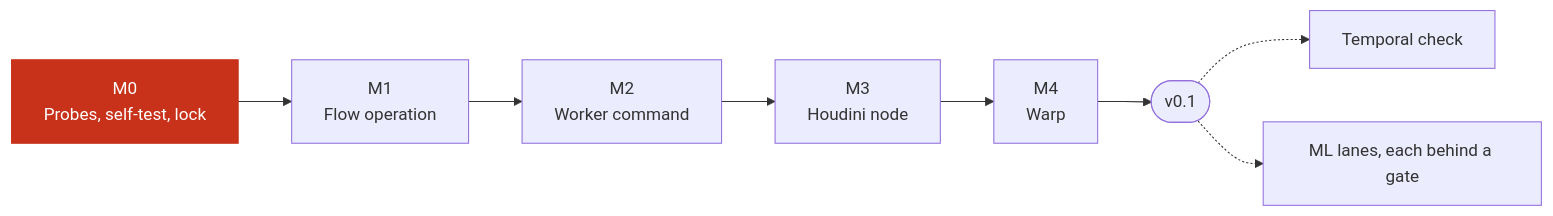
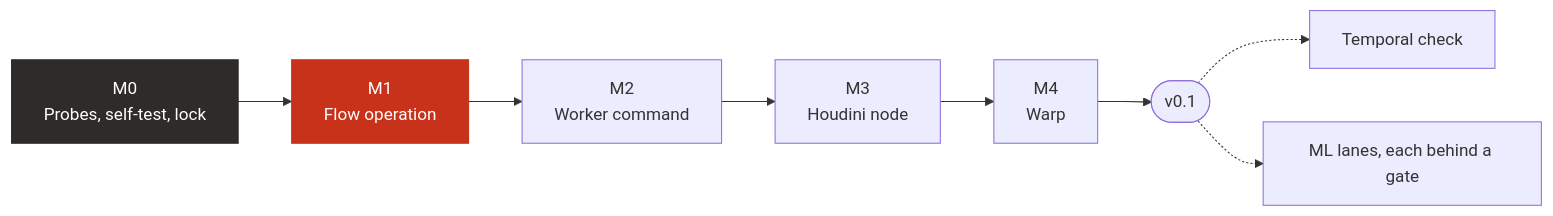
Before and after one commit to JosephOIbrahim/CVCOPS: the third of 5 diagrams in README.md, drawn with Mermaid. The commit also changed other lines of this file, not shown here.

First line of the commit message:
README: Mission 0 is done, Mission 1 is next

````diff
--- a/README.md
+++ b/README.md
@@ -92,12 +92,14 @@
 ```mermaid
 flowchart LR
   M0["M0<br/>Probes, self-test, lock"] --> M1["M1<br/>Flow operation"]
   M1 --> M2["M2<br/>Worker command"]
   M2 --> M3["M3<br/>Houdini node"]
   M3 --> M4["M4<br/>Warp"]
   M4 --> R(["v0.1"])
   R -.-> T["Temporal check"]
   R -.-> ML["ML lanes, each behind a gate"]
+  classDef done fill:#2E2B28,color:#ffffff,stroke:#2E2B28
   classDef now fill:#C8321A,color:#ffffff,stroke:#C8321A
-  class M0 now
+  class M0 done
+  class M1 now
 ```
````
